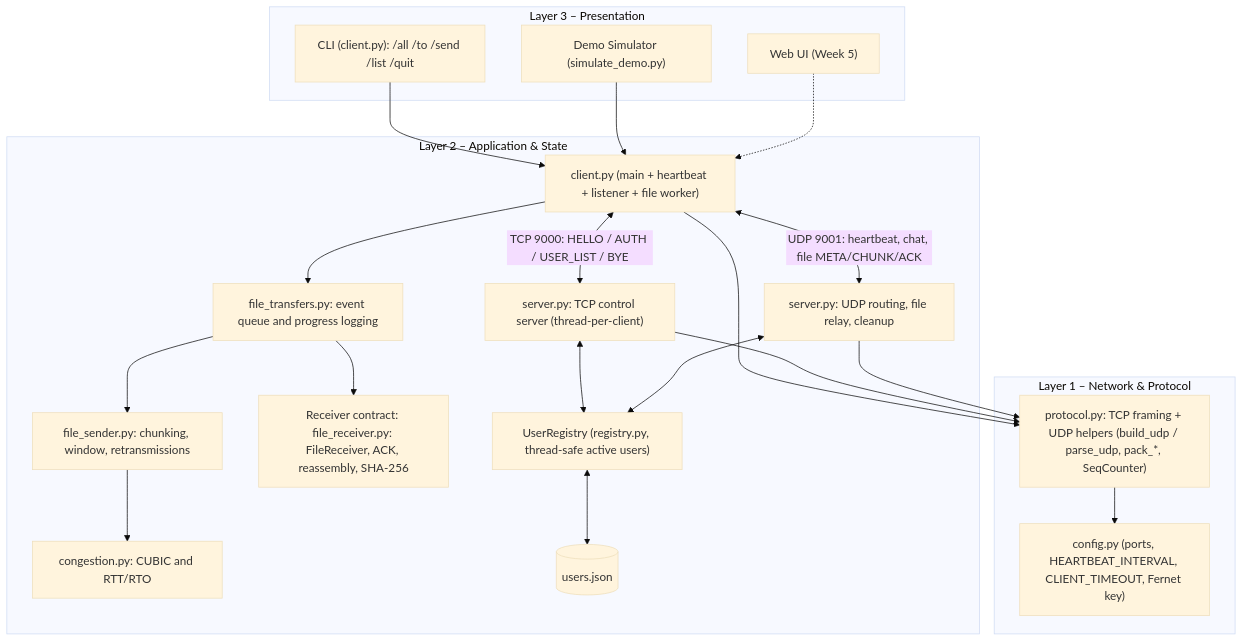
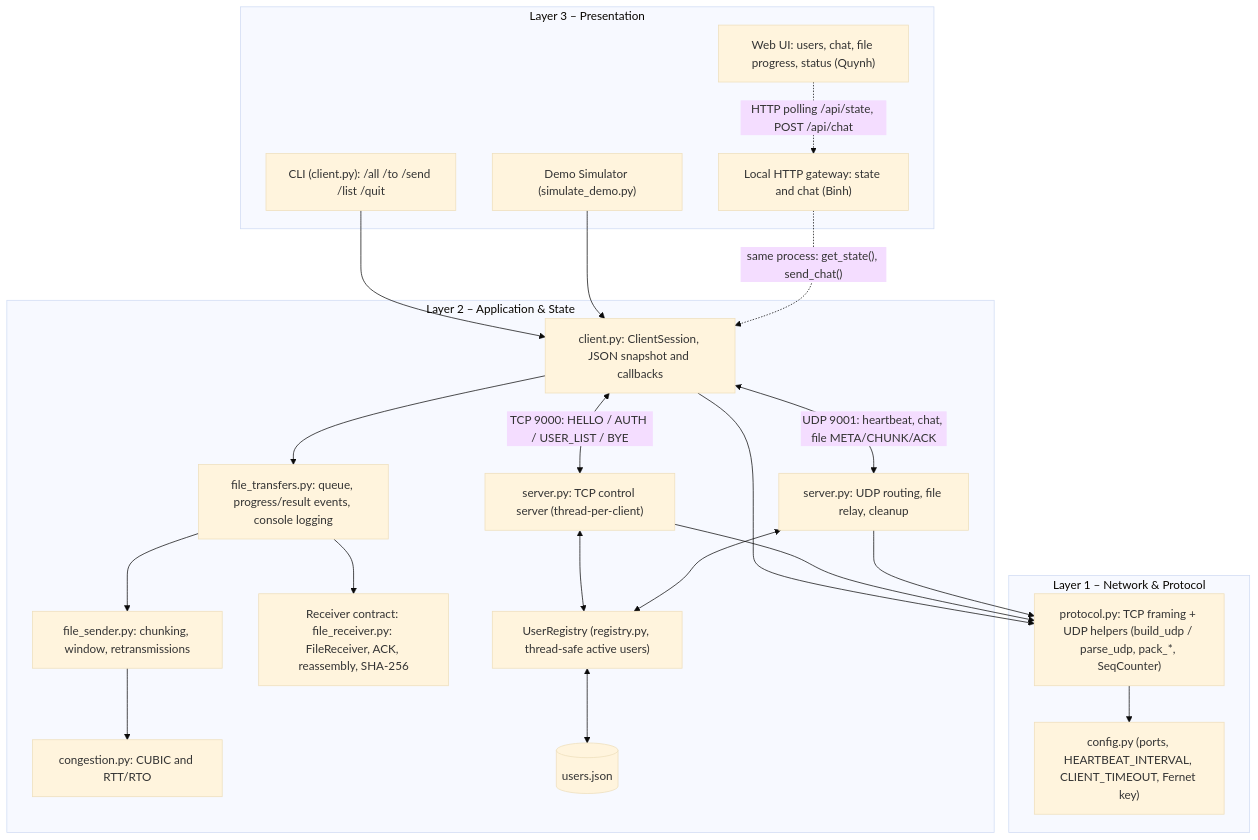
Before and after one commit to Smokiestfox/networking-app-assignment: the first of 5 diagrams in docs/architecture.md, drawn with Mermaid (base theme). The commit also changed other lines of this file and 6 other files, not shown here.

Commit message:
feat(client): expose session API and UI state contract

````diff
--- a/docs/architecture.md
+++ b/docs/architecture.md
@@ -13,42 +14,44 @@
 ```mermaid
 graph TD
     subgraph L3["Layer 3 – Presentation"]
         CLI["CLI (client.py): /all /to /send /list /quit"]
         SIM["Demo Simulator (simulate_demo.py)"]
-        UI["Web UI (Week 5)"]
+        UI["Web UI: users, chat, file progress, status (Quynh)"]
+        GW["Local HTTP gateway: state and chat (Binh)"]
     end
 
     subgraph L2["Layer 2 – Application & State"]
-        CLIENT["client.py (main + heartbeat + listener + file worker)"]
-        FILES["file_transfers.py: event queue and progress logging"]
+        CLIENT["client.py: ClientSession, JSON snapshot and callbacks"]
+        FILES["file_transfers.py: queue, progress/result events, console logging"]
         SENDER["file_sender.py: chunking, window, retransmissions"]
         RECEIVER["Receiver contract: file_receiver.py: FileReceiver, ACK, reassembly, SHA-256 "]
         CC["congestion.py: CUBIC and RTT/RTO"]
         SERVER["server.py: TCP control server (thread-per-client)"]
         UDPENG["server.py: UDP routing, file relay, cleanup"]
         REG["UserRegistry (registry.py, thread-safe active users)"]
         AUTH_DB[("users.json")]
     end
 
     subgraph L1["Layer 1 – Network & Protocol"]
         PROTO["protocol.py: TCP framing + UDP helpers (build_udp / parse_udp, pack_*, SeqCounter)"]
         CFG["config.py (ports, HEARTBEAT_INTERVAL, CLIENT_TIMEOUT, Fernet key)"]
     end
 
     CLI --> CLIENT
     SIM --> CLIENT
-    UI -.-> CLIENT
+    UI -.->|"HTTP polling /api/state, POST /api/chat"| GW
+    GW -.->|"same process: get_state(), send_chat()"| CLIENT
     CLIENT <-->|"TCP 9000: HELLO / AUTH / USER_LIST / BYE"| SERVER
     CLIENT <-->|"UDP 9001: heartbeat, chat, file META/CHUNK/ACK"| UDPENG
     CLIENT --> FILES
     FILES --> SENDER
     FILES --> RECEIVER
     SENDER --> CC
     SERVER <--> REG
     UDPENG <--> REG
     REG <--> AUTH_DB
     CLIENT --> PROTO
     SERVER --> PROTO
     UDPENG --> PROTO
     PROTO --> CFG
 ```
````
